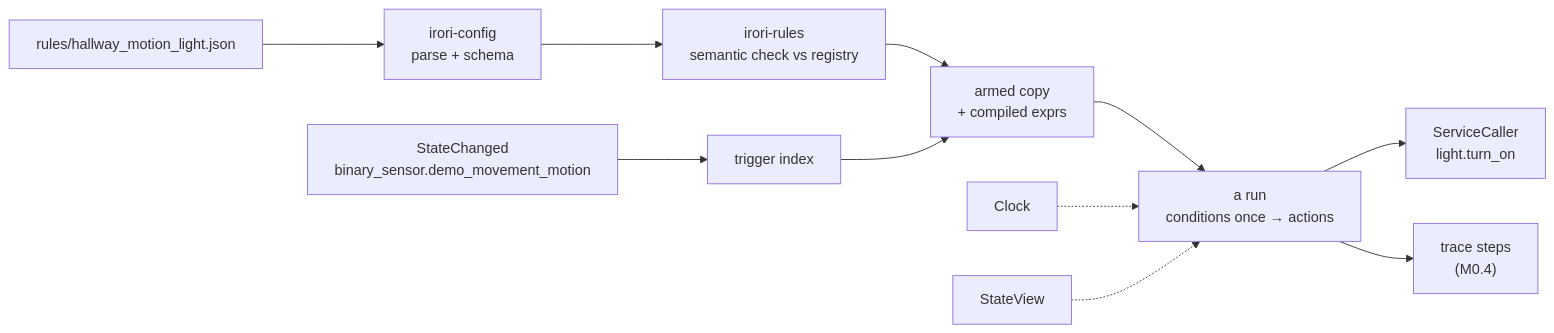
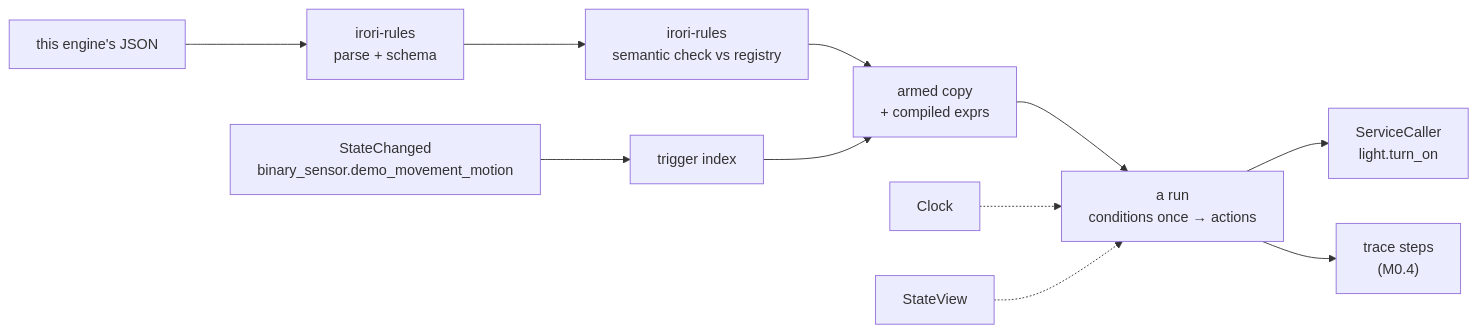
Before and after one commit to nicosandller/irori_os: the first of 4 diagrams in docs/specs/rules.md, drawn with Mermaid. The commit also changed other lines of this file and 26 other files, not shown here.

````diff
--- a/docs/specs/rules.md
+++ b/docs/specs/rules.md
@@ -66,13 +68,13 @@
 ```mermaid
 flowchart LR
-    file["rules/hallway_motion_light.json"] --> load["irori-config\nparse + schema"]
+    file["this engine's JSON"] --> load["irori-rules\nparse + schema"]
     load --> sem["irori-rules\nsemantic check vs registry"]
     sem --> armed["armed copy\n+ compiled exprs"]
     event["StateChanged\nbinary_sensor.demo_movement_motion"] --> idx["trigger index"]
     idx --> armed
     armed --> run["a run\nconditions once → actions"]
     run --> call["ServiceCaller\nlight.turn_on"]
     run --> trace["trace steps\n(M0.4)"]
     clock["Clock"] -.-> run
     view["StateView"] -.-> run
 ```
````
